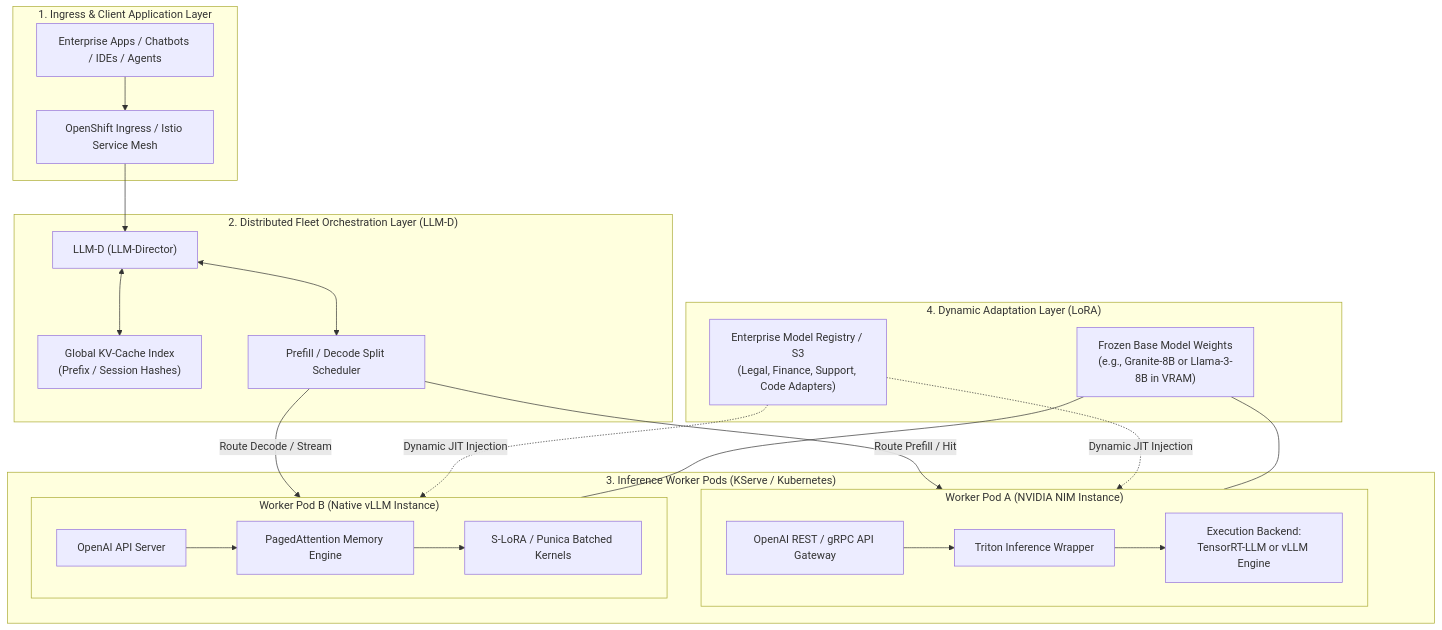
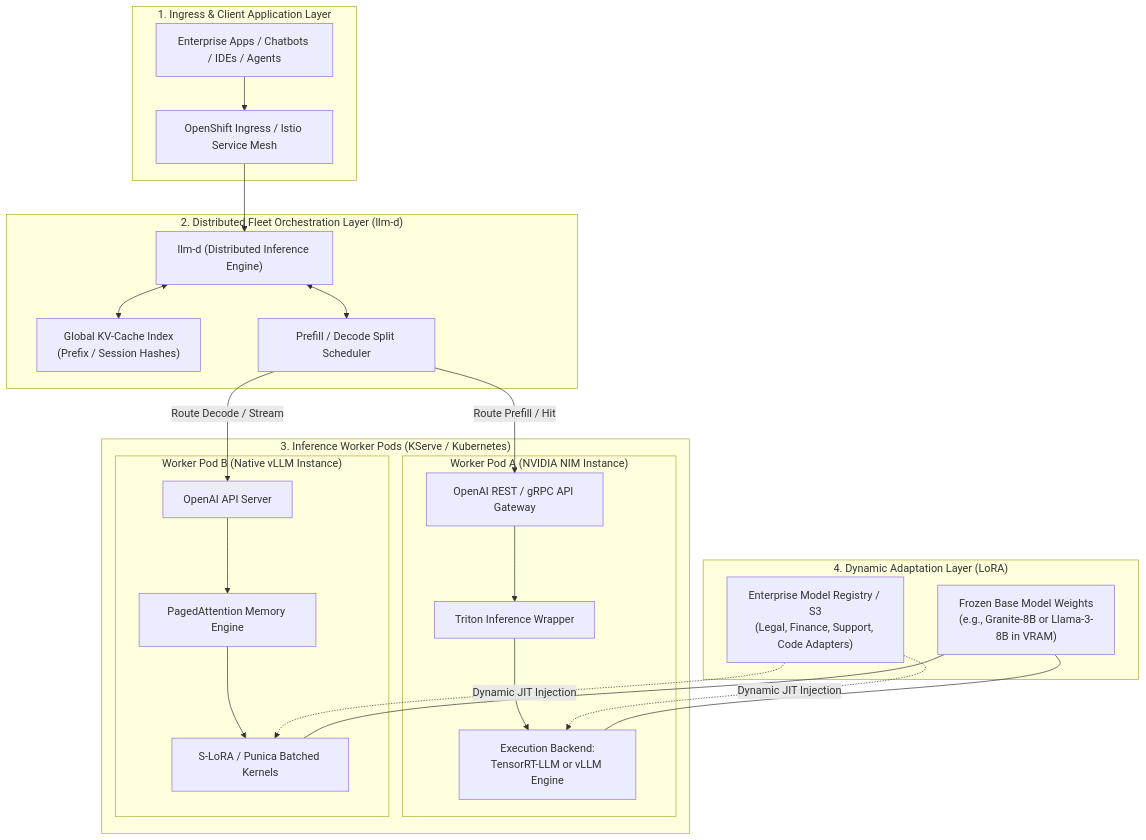
Before and after one commit to therealkevops/CAGY-v2.0.0: the first of 5 diagrams in knowledge/spaces/rh-ai/notes/12-nvidia-nim-vllm-llmd-and-lora-adapters.md, drawn with Mermaid. The commit also changed other lines of this file and 79 other files, not shown here.

Commit message:
fix(webui): harden mermaid error handling, fix workspace.js syntax, and correct diagram labels

````diff
--- a/knowledge/spaces/rh-ai/notes/12-nvidia-nim-vllm-llmd-and-lora-adapters.md
+++ b/knowledge/spaces/rh-ai/notes/12-nvidia-nim-vllm-llmd-and-lora-adapters.md
@@ -19,45 +19,45 @@
 ```mermaid
 flowchart TD
     subgraph ClientLayer["1. Ingress & Client Application Layer"]
         APP["Enterprise Apps / Chatbots / IDEs / Agents"]
         GW["OpenShift Ingress / Istio Service Mesh"]
         APP --> GW
     end
 
-    subgraph FleetRoutingLayer["2. Distributed Fleet Orchestration Layer (LLM-D)"]
-        ROUTER["LLM-D (LLM-Director)"]
+    subgraph FleetRoutingLayer["2. Distributed Fleet Orchestration Layer (llm-d)"]
+        ROUTER["llm-d (Distributed Inference Engine)"]
         CACHE_INDEX["Global KV-Cache Index\n(Prefix / Session Hashes)"]
         DISAGG["Prefill / Decode Split Scheduler"]
         ROUTER <--> CACHE_INDEX
         ROUTER <--> DISAGG
     end
 
     subgraph WorkerPods["3. Inference Worker Pods (KServe / Kubernetes)"]
         subgraph PodA["Worker Pod A (NVIDIA NIM Instance)"]
             NIM_API["OpenAI REST / gRPC API Gateway"]
             TRITON["Triton Inference Wrapper"]
             BACKEND_A["Execution Backend:\nTensorRT-LLM or vLLM Engine"]
             NIM_API --> TRITON --> BACKEND_A
         end
 
         subgraph PodB["Worker Pod B (Native vLLM Instance)"]
             VLLM_API["OpenAI API Server"]
             PA["PagedAttention Memory Engine"]
             PUNICA["S-LoRA / Punica Batched Kernels"]
             VLLM_API --> PA --> PUNICA
         end
     end
 
     subgraph AdapterStorage["4. Dynamic Adaptation Layer (LoRA)"]
         BASE_WEIGHTS["Frozen Base Model Weights\n(e.g., Granite-8B or Llama-3-8B in VRAM)"]
         LORA_STORE["Enterprise Model Registry / S3\n(Legal, Finance, Support, Code Adapters)"]
     end
 
     GW --> ROUTER
-    DISAGG -->|Route Prefill / Hit| PodA
-    DISAGG -->|Route Decode / Stream| PodB
-    LORA_STORE -.->|Dynamic JIT Injection| PodA
-    LORA_STORE -.->|Dynamic JIT Injection| PodB
-    BASE_WEIGHTS --- PodA
-    BASE_WEIGHTS --- PodB
+    DISAGG -->|"Route Prefill / Hit"| NIM_API
+    DISAGG -->|"Route Decode / Stream"| VLLM_API
+    LORA_STORE -.->|"Dynamic JIT Injection"| BACKEND_A
+    LORA_STORE -.->|"Dynamic JIT Injection"| PUNICA
+    BASE_WEIGHTS --- BACKEND_A
+    BASE_WEIGHTS --- PUNICA
 ```
````
